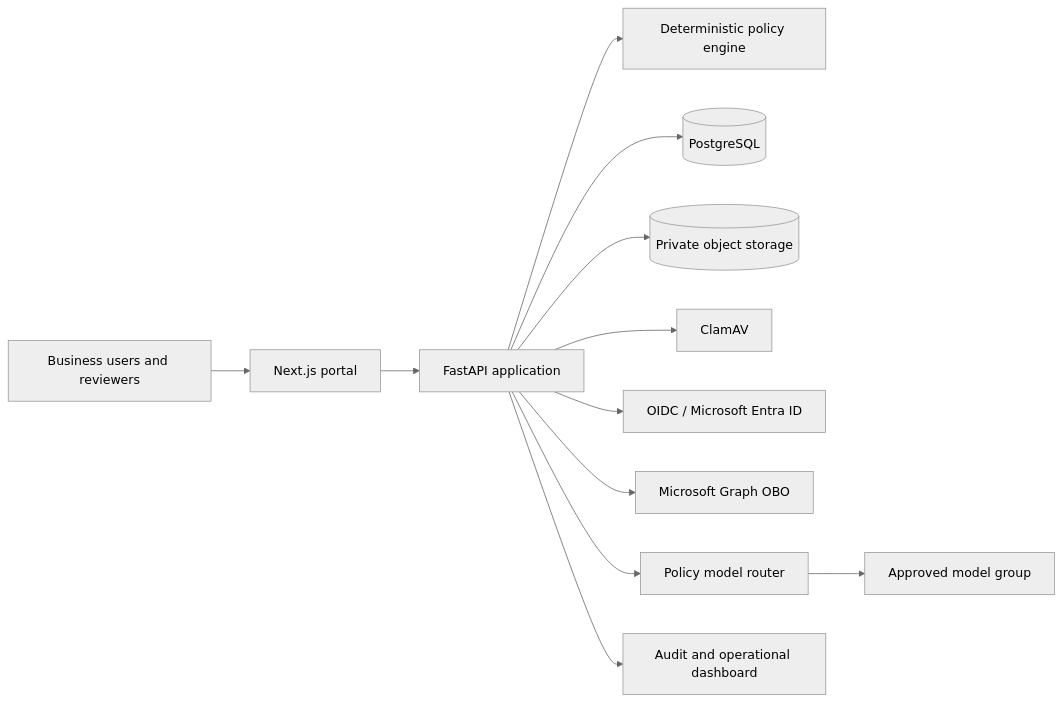
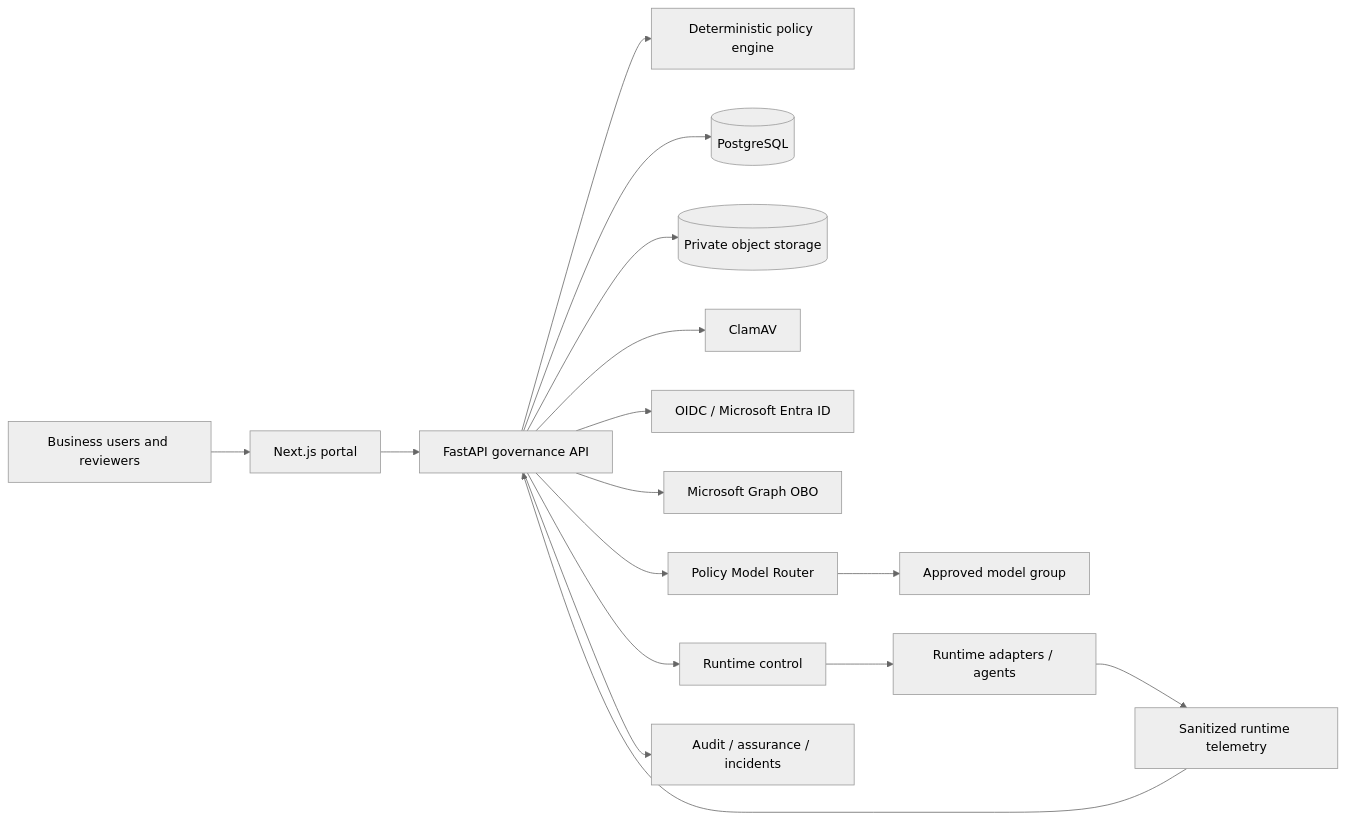
One commit to brunovicco/verifiable-ai-governance changed the diagram in README.md. Above: the diagram before and after it, drawn with Mermaid (neutral theme). The commit also changed other lines of this file and 84 other files, not shown here.

````diff
--- a/README.md
+++ b/README.md
@@ -93,14 +125,18 @@
 ```mermaid
 flowchart LR
   U[Business users and reviewers] --> W[Next.js portal]
-  W --> A[FastAPI application]
+  W --> A[FastAPI governance API]
   A --> P[Deterministic policy engine]
   A --> D[(PostgreSQL)]
   A --> S[(Private object storage)]
   A --> C[ClamAV]
   A --> I[OIDC / Microsoft Entra ID]
   A --> G[Microsoft Graph OBO]
-  A --> R[Policy model router]
+  A --> R[Policy Model Router]
   R --> M[Approved model group]
-  A --> Q[Audit and operational dashboard]
+  X[Runtime adapters / agents] --> T[Sanitized runtime telemetry]
+  T --> A
+  A --> RC[Runtime control]
+  RC --> X
+  A --> Q[Audit / assurance / incidents]
 ```
````
